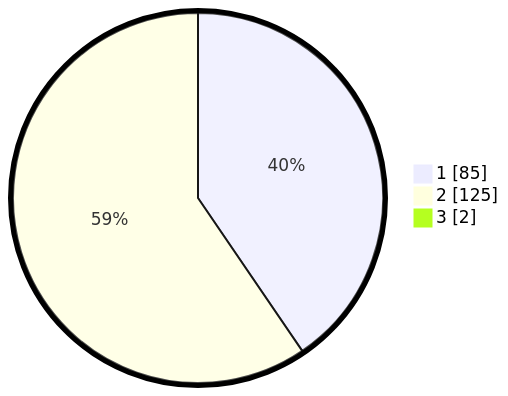
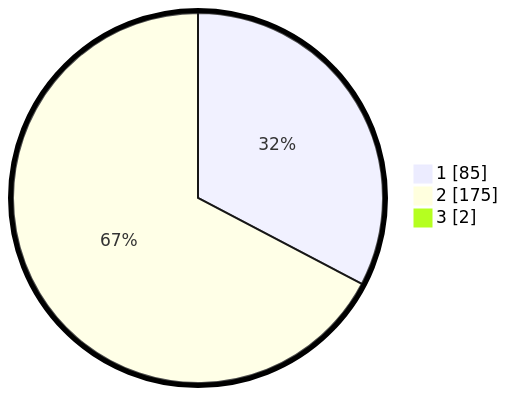
Before and after one commit to gigit-pemilu/pemilu-2024-52-nusa-tenggara-barat: the second of 2 diagrams in pilpres/hitung-suara/sub/52-nusa-tenggara-barat/sub/01-lombok-barat/sub/07-sekotong/sub/2006-batu-putih/sub/011-tps/README.md, drawn with Mermaid. The commit also changed other lines of this file and 721 other files, not shown here.

````diff
--- a/pilpres/hitung-suara/sub/52-nusa-tenggara-barat/sub/01-lombok-barat/sub/07-sekotong/sub/2006-batu-putih/sub/011-tps/README.md
+++ b/pilpres/hitung-suara/sub/52-nusa-tenggara-barat/sub/01-lombok-barat/sub/07-sekotong/sub/2006-batu-putih/sub/011-tps/README.md
@@ -13,7 +13,7 @@
 ```mermaid
 %%{init: {"pie": {"textPosition": 0.5}, "themeVariables": {"pieOuterStrokeWidth": "5px"}} }%%
 pie showData
     "1" : 85
-    "2" : 125
+    "2" : 175
     "3" : 2
 ```
````
